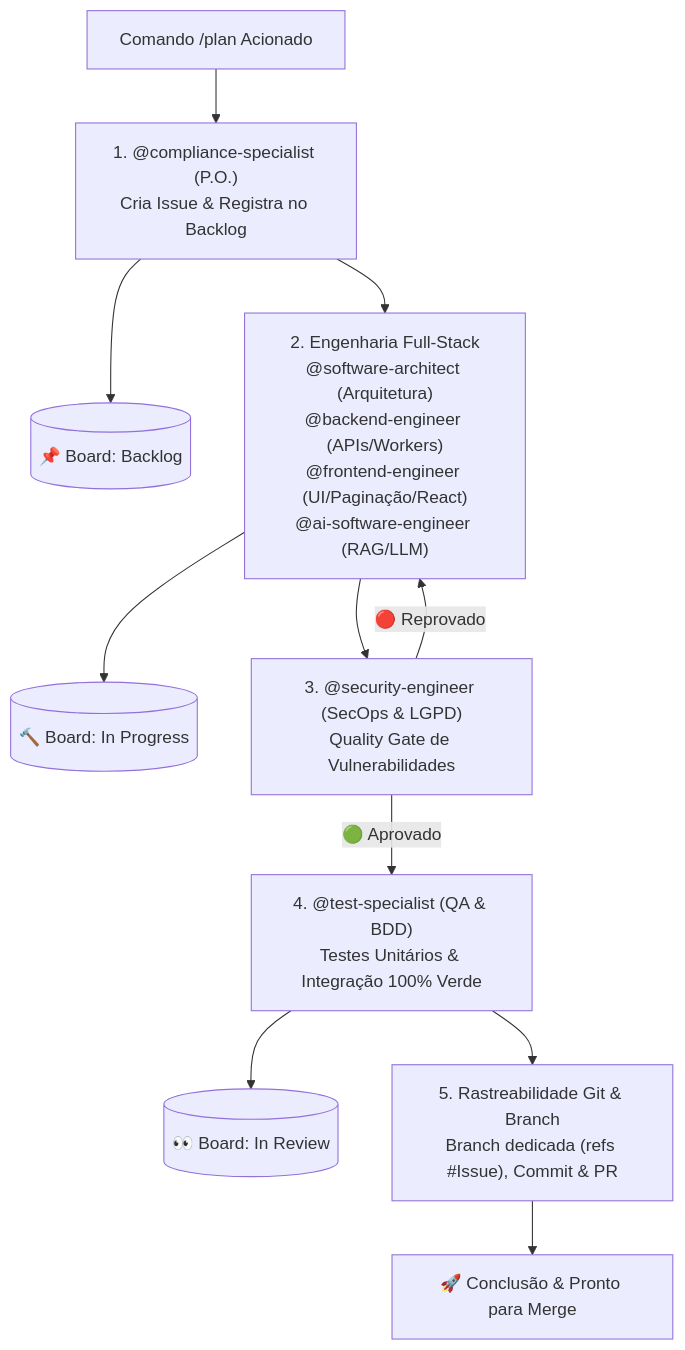
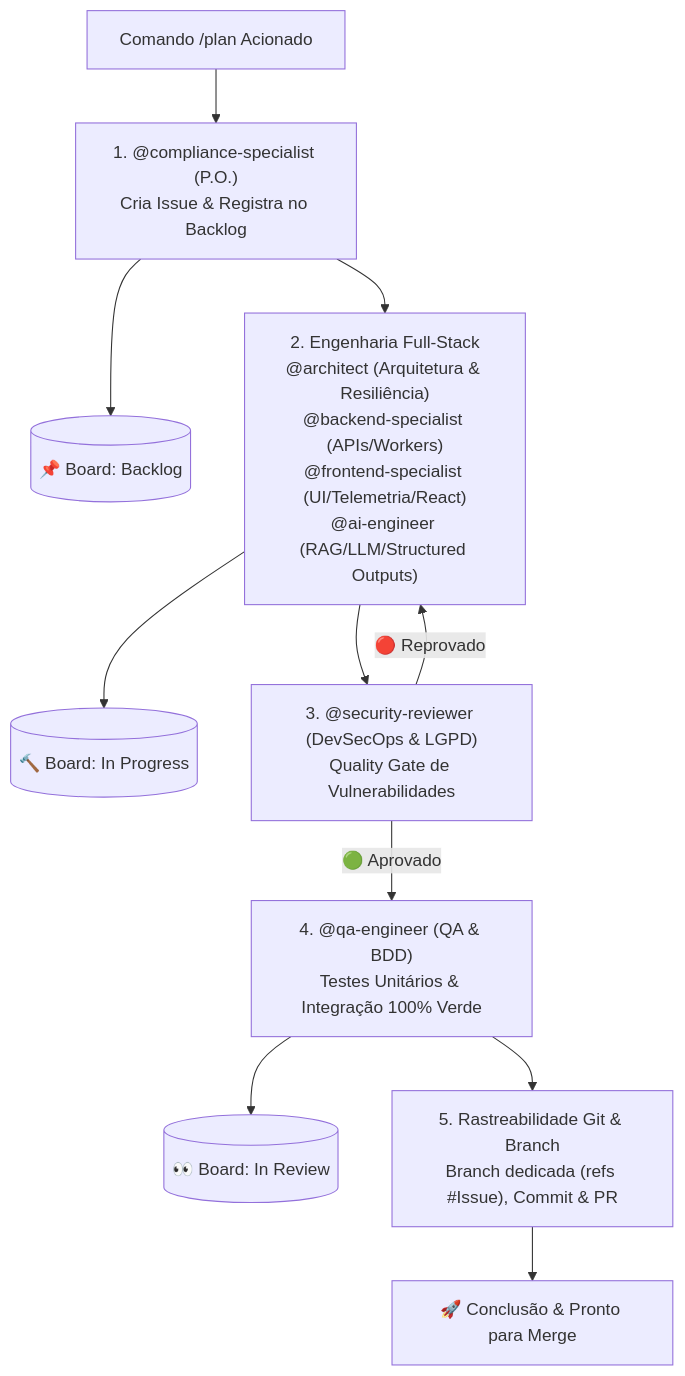
Before and after one commit to Conform-AI-health/conform-ai-health: the diagram in .agents/rules/plan-pipeline.md, drawn with Mermaid. The commit also changed other lines of this file, not shown here.

````diff
--- a/.agents/rules/plan-pipeline.md
+++ b/.agents/rules/plan-pipeline.md
@@ -9,17 +9,17 @@
 ```mermaid
 flowchart TD
     UserReq["Comando /plan Acionado"] --> S1["1. @compliance-specialist (P.O.)\nCria Issue & Registra no Backlog"]
     S1 --> B1[("📌 Board: Backlog")]
     
-    S1 --> S2["2. Engenharia Full-Stack\n@software-architect (Arquitetura)\n@backend-engineer (APIs/Workers)\n@frontend-engineer (UI/Paginação/React)\n@ai-software-engineer (RAG/LLM)"]
+    S1 --> S2["2. Engenharia Full-Stack\n@architect (Arquitetura & Resiliência)\n@backend-specialist (APIs/Workers)\n@frontend-specialist (UI/Telemetria/React)\n@ai-engineer (RAG/LLM/Structured Outputs)"]
     S2 --> B2[("🔨 Board: In Progress")]
     
-    S2 --> S3["3. @security-engineer (SecOps & LGPD)\nQuality Gate de Vulnerabilidades"]
+    S2 --> S3["3. @security-reviewer (DevSecOps & LGPD)\nQuality Gate de Vulnerabilidades"]
     S3 -- 🔴 Reprovado --> S2
     
-    S3 -- 🟢 Aprovado --> S4["4. @test-specialist (QA & BDD)\nTestes Unitários & Integração 100% Verde"]
+    S3 -- 🟢 Aprovado --> S4["4. @qa-engineer (QA & BDD)\nTestes Unitários & Integração 100% Verde"]
     S4 --> B3[("👀 Board: In Review")]
     
     S4 --> S5["5. Rastreabilidade Git & Branch\nBranch dedicada (refs #Issue), Commit & PR"]
     S5 --> Done["🚀 Conclusão & Pronto para Merge"]
 ```
````
